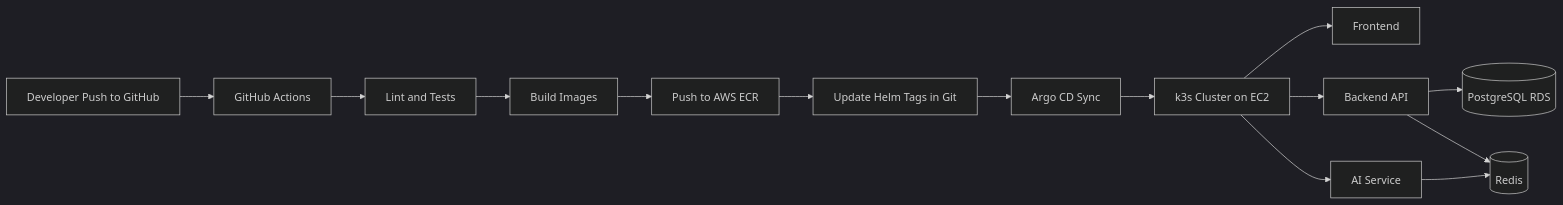
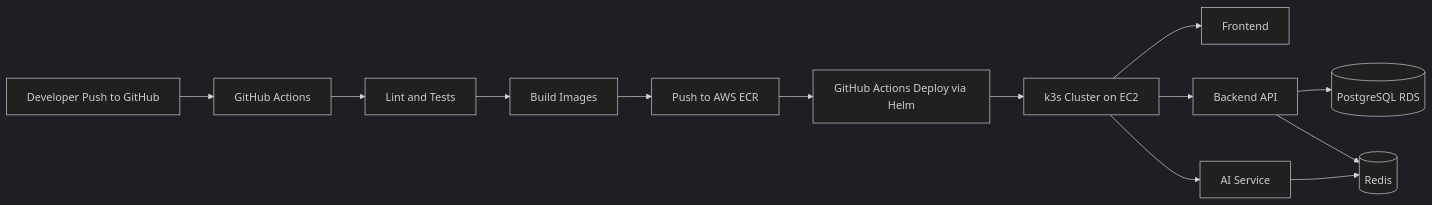
One commit to qwerttt0745/LaptopAI changed the first of 3 diagrams in README.md. Above: the diagram before and after it, drawn with Mermaid (dark theme). The commit also changed other lines of this file and 21 other files, not shown here.

````diff
--- a/README.md
+++ b/README.md
@@ -66,16 +57,15 @@
 ```mermaid
 flowchart LR
        A[Developer Push to GitHub] --> B[GitHub Actions]
        B --> C[Lint and Tests]
        C --> D[Build Images]
        D --> E[Push to AWS ECR]
-       E --> F[Update Helm Tags in Git]
-       F --> G[Argo CD Sync]
-       G --> H[k3s Cluster on EC2]
+       E --> F[GitHub Actions Deploy via Helm]
+       F --> H[k3s Cluster on EC2]
        H --> I[Frontend]
        H --> J[Backend API]
        H --> K[AI Service]
        J --> L[(PostgreSQL RDS)]
        J --> M[(Redis)]
        K --> M
 ```
````
